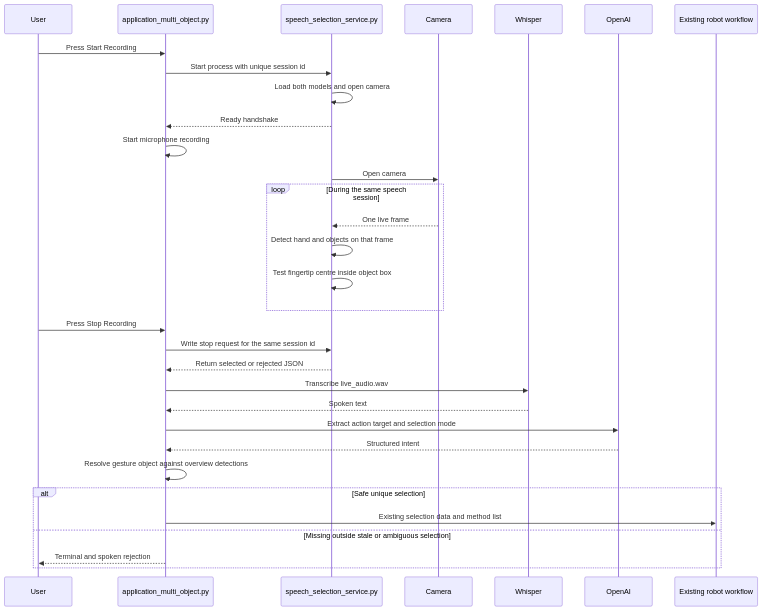
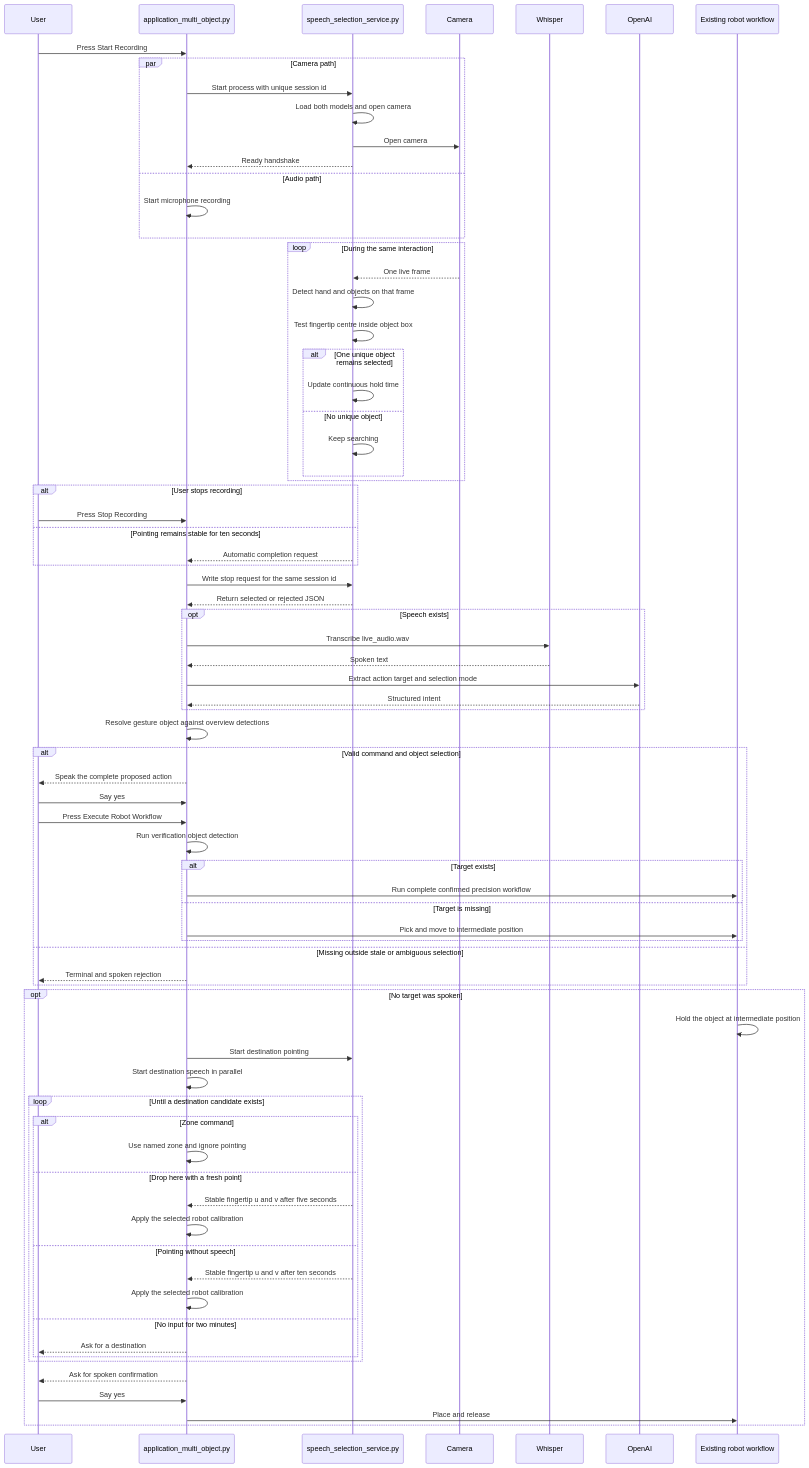
One commit to Gaurang8200/MASTER_THESIS changed the second of 3 diagrams in UR_Audio_Steuerung_Using_LLM/MULTIMODAL_SPEECH_GESTURE_PIPELINE.md. Above: the diagram before and after it, drawn with Mermaid. The commit also changed other lines of this file and 15 other files, not shown here.

First line of the commit message:
feat(multimodal): complete confirmed interaction

````diff
--- a/UR_Audio_Steuerung_Using_LLM/MULTIMODAL_SPEECH_GESTURE_PIPELINE.md
+++ b/UR_Audio_Steuerung_Using_LLM/MULTIMODAL_SPEECH_GESTURE_PIPELINE.md
@@ -45,35 +80,78 @@
 ```mermaid
 sequenceDiagram
     participant User
     participant Audio as application_multi_object.py
     participant Gesture as speech_selection_service.py
     participant Camera
     participant Whisper
     participant OpenAI
     participant Robot as Existing robot workflow
 
     User->>Audio: Press Start Recording
-    Audio->>Gesture: Start process with unique session id
-    Gesture->>Gesture: Load both models and open camera
-    Gesture-->>Audio: Ready handshake
-    Audio->>Audio: Start microphone recording
-    Gesture->>Camera: Open camera
-    loop During the same speech session
+    par Camera path
+        Audio->>Gesture: Start process with unique session id
+        Gesture->>Gesture: Load both models and open camera
+        Gesture->>Camera: Open camera
+        Gesture-->>Audio: Ready handshake
+    and Audio path
+        Audio->>Audio: Start microphone recording
+    end
+    loop During the same interaction
         Camera-->>Gesture: One live frame
         Gesture->>Gesture: Detect hand and objects on that frame
         Gesture->>Gesture: Test fingertip centre inside object box
+        alt One unique object remains selected
+            Gesture->>Gesture: Update continuous hold time
+        else No unique object
+            Gesture->>Gesture: Keep searching
+        end
     end
-    User->>Audio: Press Stop Recording
+    alt User stops recording
+        User->>Audio: Press Stop Recording
+    else Pointing remains stable for ten seconds
+        Gesture-->>Audio: Automatic completion request
+    end
     Audio->>Gesture: Write stop request for the same session id
     Gesture-->>Audio: Return selected or rejected JSON
-    Audio->>Whisper: Transcribe live_audio.wav
-    Whisper-->>Audio: Spoken text
-    Audio->>OpenAI: Extract action target and selection mode
-    OpenAI-->>Audio: Structured intent
+    opt Speech exists
+        Audio->>Whisper: Transcribe live_audio.wav
+        Whisper-->>Audio: Spoken text
+        Audio->>OpenAI: Extract action target and selection mode
+        OpenAI-->>Audio: Structured intent
+    end
     Audio->>Audio: Resolve gesture object against overview detections
-    alt Safe unique selection
-        Audio->>Robot: Existing selection data and method list
+    alt Valid command and object selection
+        Audio-->>User: Speak the complete proposed action
+        User->>Audio: Say yes
+        User->>Audio: Press Execute Robot Workflow
+        Audio->>Audio: Run verification object detection
+        alt Target exists
+            Audio->>Robot: Run complete confirmed precision workflow
+        else Target is missing
+            Audio->>Robot: Pick and move to intermediate position
+        end
     else Missing outside stale or ambiguous selection
         Audio-->>User: Terminal and spoken rejection
     end
+    opt No target was spoken
+        Robot->>Robot: Hold the object at intermediate position
+        Audio->>Gesture: Start destination pointing
+        Audio->>Audio: Start destination speech in parallel
+        loop Until a destination candidate exists
+            alt Zone command
+                Audio->>Audio: Use named zone and ignore pointing
+            else Drop here with a fresh point
+                Gesture-->>Audio: Stable fingertip u and v after five seconds
+                Audio->>Audio: Apply the selected robot calibration
+            else Pointing without speech
+                Gesture-->>Audio: Stable fingertip u and v after ten seconds
+                Audio->>Audio: Apply the selected robot calibration
+            else No input for two minutes
+                Audio-->>User: Ask for a destination
+            end
+        end
+        Audio-->>User: Ask for spoken confirmation
+        User->>Audio: Say yes
+        Audio->>Robot: Place and release
+    end
 ```
````
